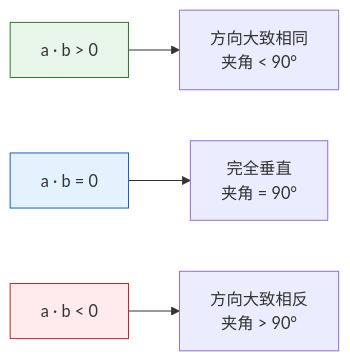
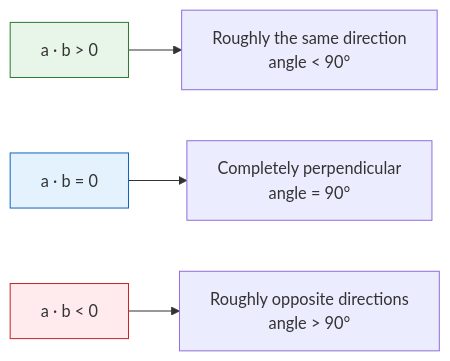
One commit to oudbiao/AI-fullstack-course changed the second of 3 diagrams in docs/ch04-ai-math/ch01-linear-algebra/01-vectors.md. Above: the diagram before and after it, drawn with Mermaid. The commit also changed other lines of this file and 1406 other files, not shown here.

````diff
--- a/docs/ch04-ai-math/ch01-linear-algebra/01-vectors.md
+++ b/docs/ch04-ai-math/ch01-linear-algebra/01-vectors.md
@@ -354,10 +354,10 @@
 ```mermaid
 flowchart LR
-    A["a · b > 0"] --> A1["方向大致相同<br/>夹角 < 90°"]
-    B["a · b = 0"] --> B1["完全垂直<br/>夹角 = 90°"]
-    C["a · b < 0"] --> C1["方向大致相反<br/>夹角 > 90°"]
+    A["a · b > 0"] --> A1["Roughly the same direction<br/>angle < 90°"]
+    B["a · b = 0"] --> B1["Completely perpendicular<br/>angle = 90°"]
+    C["a · b < 0"] --> C1["Roughly opposite directions<br/>angle > 90°"]
 
     style A fill:#e8f5e9,stroke:#2e7d32,color:#333
     style B fill:#e3f2fd,stroke:#1565c0,color:#333
     style C fill:#ffebee,stroke:#c62828,color:#333
 ```
````
